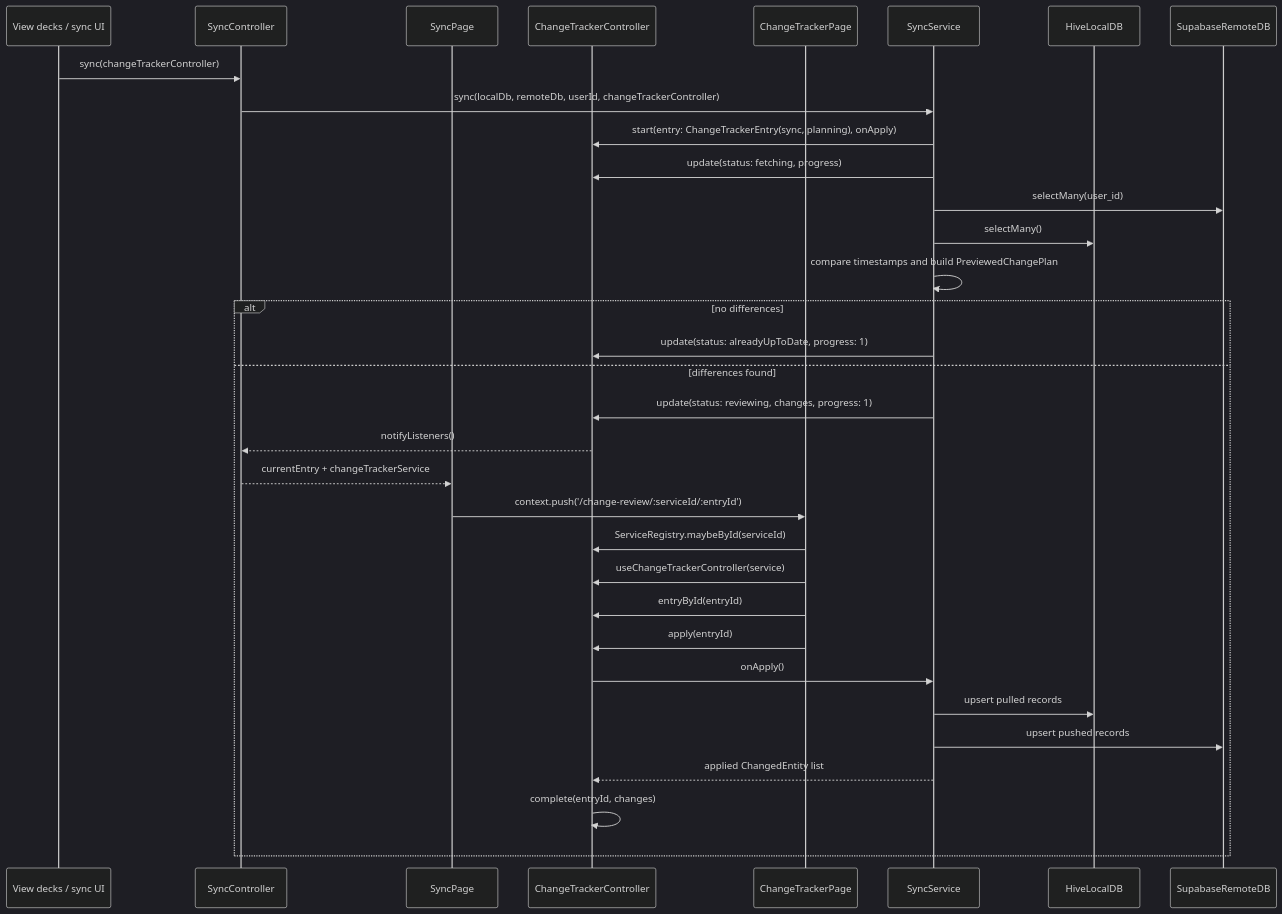
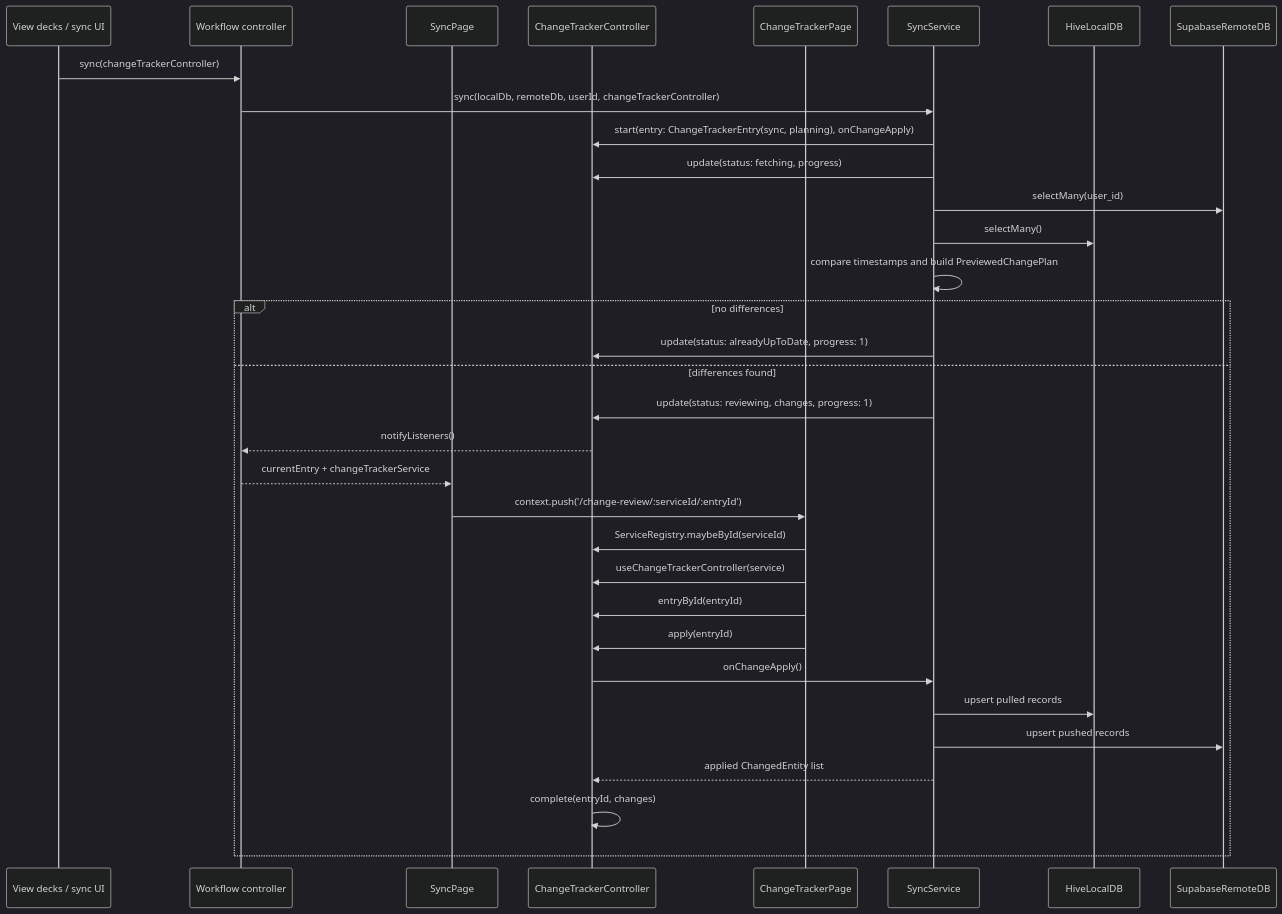
One commit to GuyWithBag/boo_mondai changed the third of 5 diagrams in lib/features/change_tracker/documentation/change_tracker.md. Above: the diagram before and after it, drawn with Mermaid (dark theme). The commit also changed other lines of this file and 10 other files, not shown here.

````diff
--- a/lib/features/change_tracker/documentation/change_tracker.md
+++ b/lib/features/change_tracker/documentation/change_tracker.md
@@ -131,37 +129,37 @@
 ```mermaid
 sequenceDiagram
     participant UI as View decks / sync UI
-    participant SyncController as SyncController
+    participant SyncController as Workflow controller
     participant SyncPage as SyncPage
     participant Controller as ChangeTrackerController
     participant ReviewPage as ChangeTrackerPage
     participant Service as SyncService
     participant Local as HiveLocalDB
     participant Remote as SupabaseRemoteDB
 
     UI->>SyncController: sync(changeTrackerController)
     SyncController->>Service: sync(localDb, remoteDb, userId, changeTrackerController)
-    Service->>Controller: start(entry: ChangeTrackerEntry(sync, planning), onApply)
+    Service->>Controller: start(entry: ChangeTrackerEntry(sync, planning), onChangeApply)
     Service->>Controller: update(status: fetching, progress)
     Service->>Remote: selectMany(user_id)
     Service->>Local: selectMany()
     Service->>Service: compare timestamps and build PreviewedChangePlan
 
     alt no differences
         Service->>Controller: update(status: alreadyUpToDate, progress: 1)
     else differences found
         Service->>Controller: update(status: reviewing, changes, progress: 1)
         Controller-->>SyncController: notifyListeners()
         SyncController-->>SyncPage: currentEntry + changeTrackerService
         SyncPage->>ReviewPage: context.push('/change-review/:serviceId/:entryId')
         ReviewPage->>Controller: ServiceRegistry.maybeById(serviceId)
         ReviewPage->>Controller: useChangeTrackerController(service)
         ReviewPage->>Controller: entryById(entryId)
         ReviewPage->>Controller: apply(entryId)
-        Controller->>Service: onApply()
+        Controller->>Service: onChangeApply()
         Service->>Local: upsert pulled records
         Service->>Remote: upsert pushed records
         Service-->>Controller: applied ChangedEntity list
         Controller->>Controller: complete(entryId, changes)
     end
 ```
````
